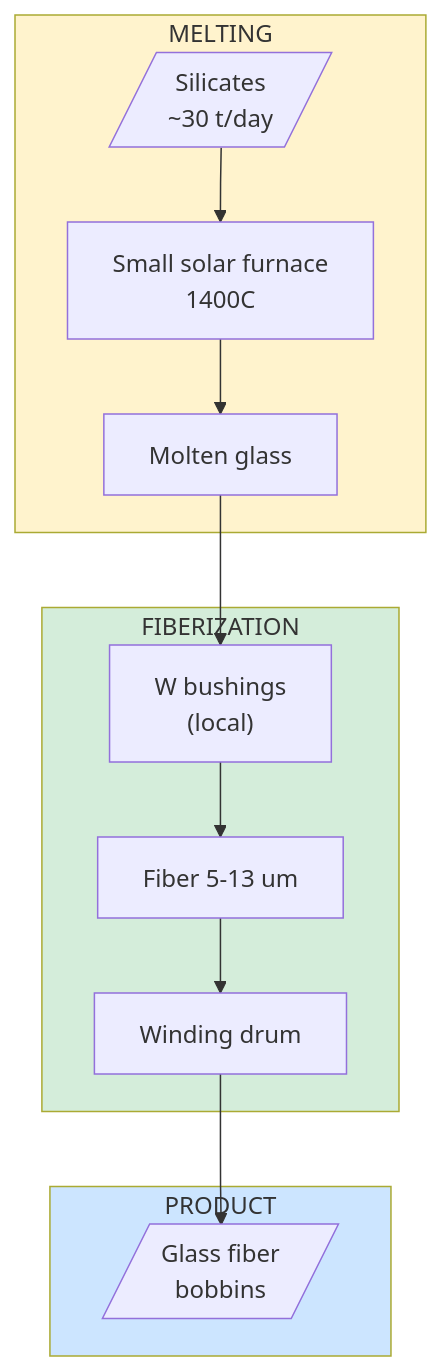
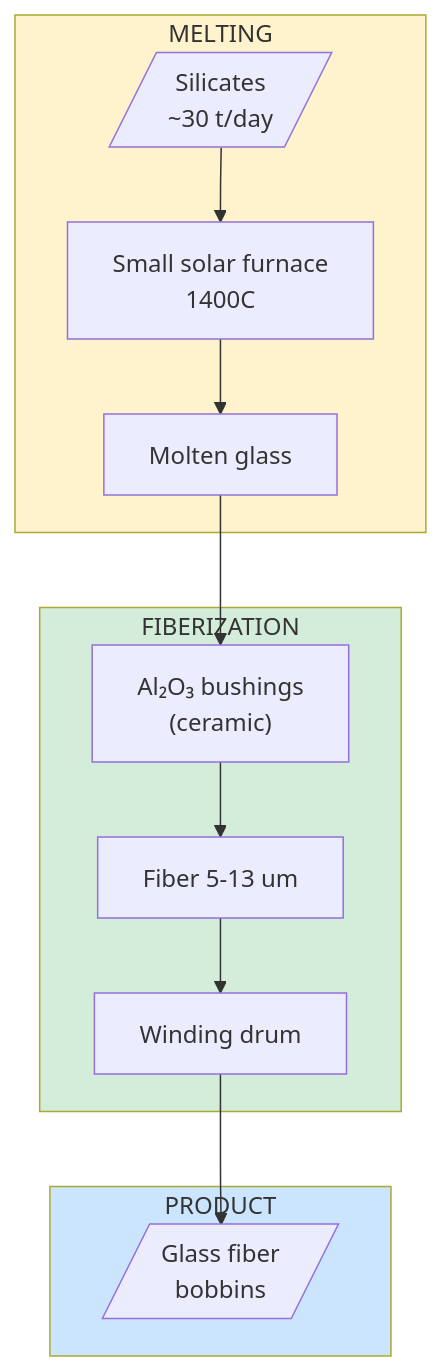
Before and after one commit to DmitryNasikanov/infinite-energy: the second of 2 diagrams in en/science/detailed/production/materials/silicate-fabric.qmd, drawn with Mermaid. The commit also changed other lines of this file and 39 other files, not shown here.

First line of the commit message:
Replace W/Pt imports with local ceramics for dies and bushings

````diff
--- a/en/science/detailed/production/materials/silicate-fabric.qmd
+++ b/en/science/detailed/production/materials/silicate-fabric.qmd
@@ -75,21 +73,21 @@
 ```{mermaid}
 flowchart TD
     subgraph MELTING["MELTING"]
         SIL[/"Silicates<br/>~30 t/day"/] --> SF["Small solar furnace<br/>1400C"]
         SF --> MELT["Molten glass"]
     end
 
     subgraph FIBERIZATION["FIBERIZATION"]
-        MELT --> FILT["W bushings<br/>(local)"]
+        MELT --> FILT["Al₂O₃ bushings<br/>(ceramic)"]
         FILT --> FIBER["Fiber 5-13 um"]
         FIBER --> DRUM["Winding drum"]
     end
 
     subgraph PRODUCT["PRODUCT"]
         DRUM --> BOBBIN[/"Glass fiber<br/>bobbins"/]
     end
 
     style MELTING fill:#fff3cd
     style FIBERIZATION fill:#d4edda
     style PRODUCT fill:#cce5ff
 ```
````
